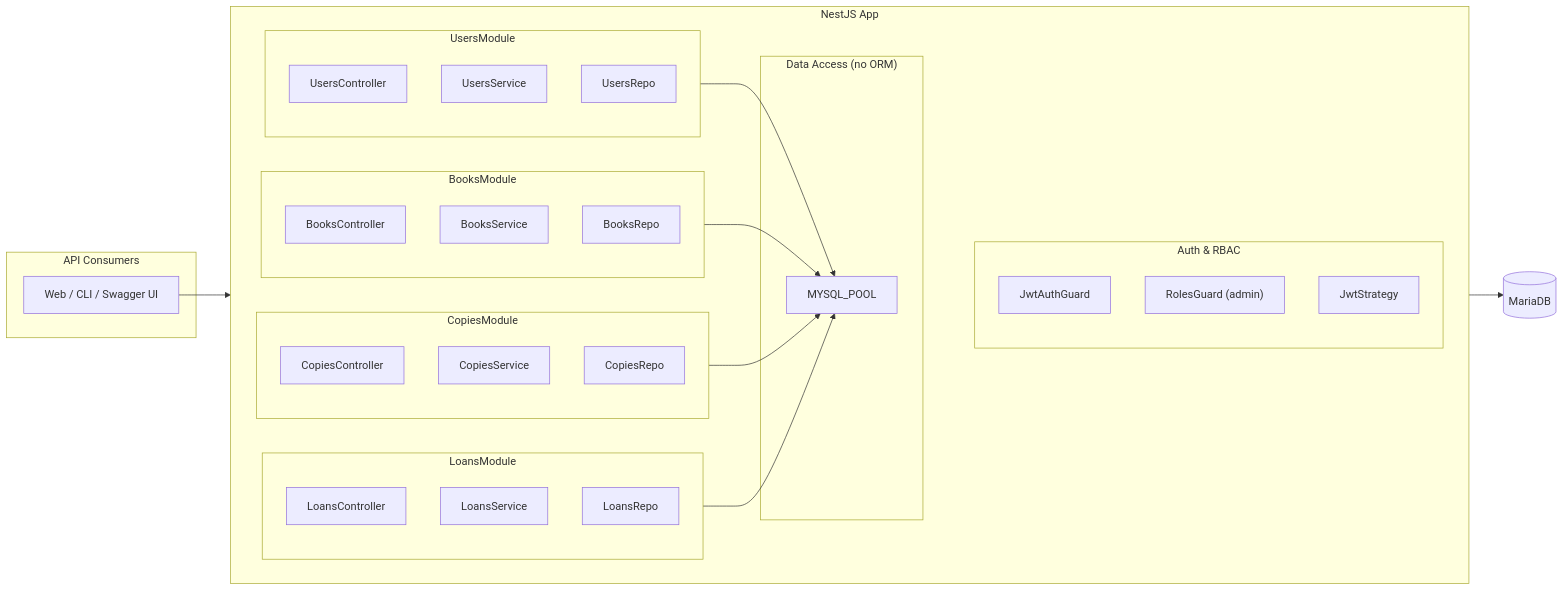
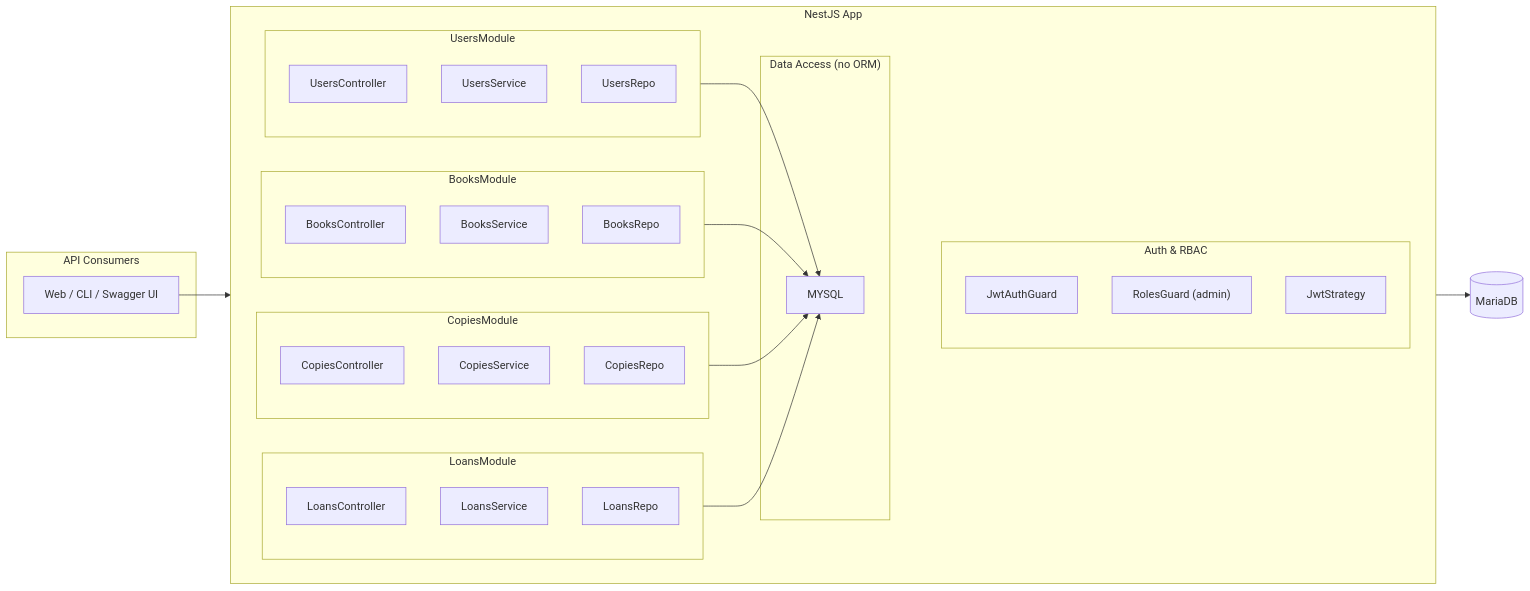
Before and after one commit to itsnothuy/NestJS-BookLibrary: the first of 4 diagrams in NextStep.md, drawn with Mermaid. The commit also changed 7 other files, not shown here.

````diff
--- a/NextStep.md
+++ b/NextStep.md
@@ -10,54 +10,54 @@
 ```mermaid
 flowchart LR
   subgraph Client["API Consumers"]
     W["Web / CLI / Swagger UI"]
   end
 
   subgraph App["NestJS App"]
     direction LR
 
     subgraph Auth["Auth & RBAC"]
       JG["JwtAuthGuard"]
       RG["RolesGuard (admin)"]
       JS["JwtStrategy"]
     end
 
     subgraph Users["UsersModule"]
       UC["UsersController"]
       US["UsersService"]
       UR["UsersRepo"]
     end
 
     subgraph Books["BooksModule"]
       BC["BooksController"]
       BS["BooksService"]
       BR["BooksRepo"]
     end
 
     subgraph Copies["CopiesModule"]
       CC["CopiesController"]
       CS["CopiesService"]
       CR["CopiesRepo"]
     end
 
     subgraph Loans["LoansModule"]
       LC["LoansController"]
       LS["LoansService"]
       LRP["LoansRepo"]
     end
 
     subgraph DB["Data Access (no ORM)"]
-      POOL["MYSQL_POOL"]
+      POOL["MYSQL"]
     end
   end
 
   DBMS[(MariaDB)]
 
   W --> App
   Users --> POOL
   Books --> POOL
   Copies --> POOL
   Loans --> POOL
   POOL --> DBMS
   App --> Auth
 ```
````
